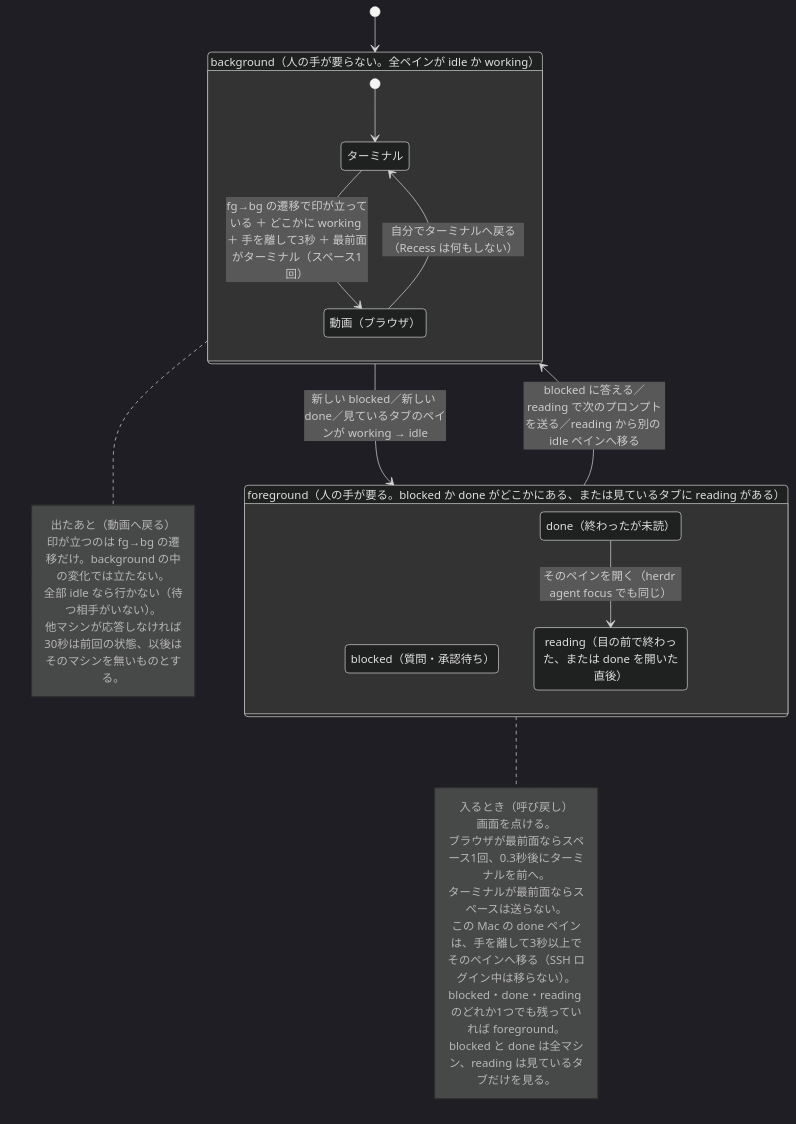
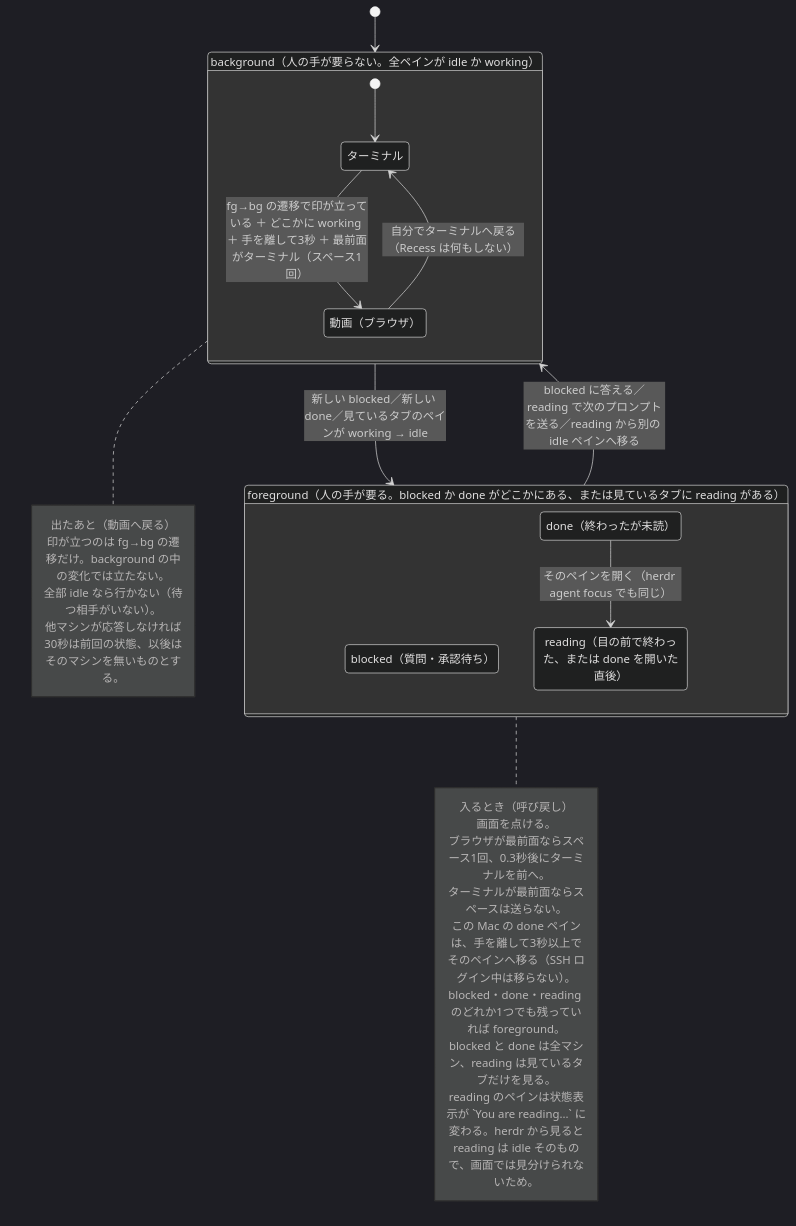
The second of 2 diagrams in docs/spec.md (tatsuro-ueda/recess), drawn with Mermaid (dark theme) before and after one commit. The commit also changed other lines of this file and 1 other file, not shown here.

First line of the commit message:
feat: 読み中だと分かるようにしたい（reading のペインの状態表示を「You are reading...」へ差し替え）

````diff
--- a/docs/spec.md
+++ b/docs/spec.md
@@ -149,40 +153,42 @@
 ```mermaid
 stateDiagram-v2
     direction TB
 
     state "background（人の手が要らない。全ペインが idle か working）" as bg {
         state "ターミナル" as term
         state "動画（ブラウザ）" as nf
         [*] --> term
         term --> nf : fg→bg の遷移で印が立っている ＋ どこかに working ＋ 手を離して3秒 ＋ 最前面がターミナル（スペース1回）
         nf --> term : 自分でターミナルへ戻る（Recess は何もしない）
     }
 
     state "foreground（人の手が要る。blocked か done がどこかにある、または見ているタブに reading がある）" as fg {
         state "blocked（質問・承認待ち）" as blocked
         state "done（終わったが未読）" as done
         state "reading（目の前で終わった、または done を開いた直後）" as reading
         done --> reading : そのペインを開く（herdr agent focus でも同じ）
     }
 
     [*] --> bg
     bg --> fg : 新しい blocked／新しい done／見ているタブのペインが working → idle
     fg --> bg : blocked に答える／reading で次のプロンプトを送る／reading から別の idle ペインへ移る
 
     note right of fg
         入るとき（呼び戻し）
         画面を点ける。
         ブラウザが最前面ならスペース1回、0.3秒後にターミナルを前へ。
         ターミナルが最前面ならスペースは送らない。
         この Mac の done ペインは、手を離して3秒以上でそのペインへ移る（SSH ログイン中は移らない）。
         blocked・done・reading のどれか1つでも残っていれば foreground。
         blocked と done は全マシン、reading は見ているタブだけを見る。
+        reading のペインは状態表示が `You are reading...` に変わる。herdr から見ると
+        reading は idle そのもので、画面では見分けられないため。
     end note
 
     note right of bg
         出たあと（動画へ戻る）
         印が立つのは fg→bg の遷移だけ。background の中の変化では立たない。
         全部 idle なら行かない（待つ相手がいない）。
         他マシンが応答しなければ30秒は前回の状態、以後はそのマシンを無いものとする。
     end note
 ```
````
